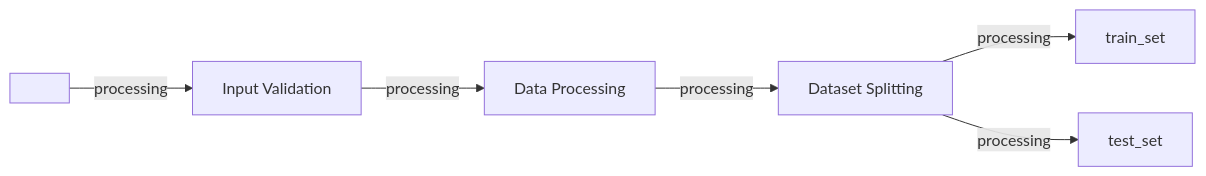
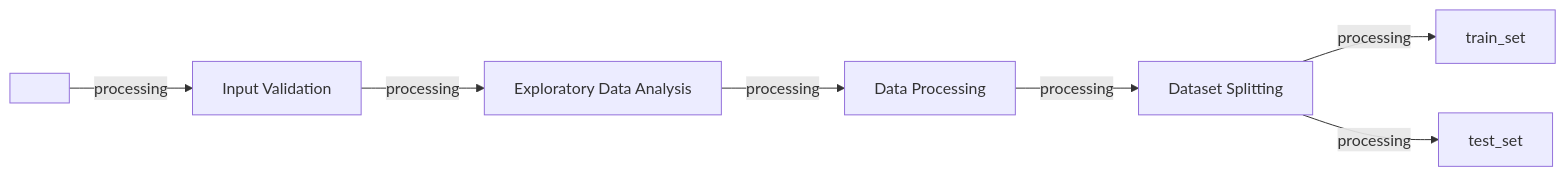
The diagram in documentation/workflow_data_processing.mmd (LauraFahrer/wearables), drawn with Mermaid before and after one commit. The commit also changed 1 other file, not shown here.

Commit message:
updated data_processing workflow

```diff
--- a/documentation/workflow_data_processing.mmd
+++ b/documentation/workflow_data_processing.mmd
@@ -1,28 +1,30 @@
 %%metro title: Wearables
 %%metro style: nfcore
 
 %%metro line: processing | Data Processing | #4403dc
 %%metro line: eda | Explorative Data Analysis | #df0b0b
 %%metro line: cv | Cross Validation | #ff8c00
 %%metro line: train_eval | Model Training and Evaluation | #00cafd
 
 %%metro file: raw | csv | Raw Data
 %%metro file: test_set | csv | Test Set
 %%metro file: train_set | csv | Train Set
 
 graph LR
 
 
     %% 1. Data Processing Workflow
 
     raw[ ]
 
     input_validation[Input Validation]
+    eda[Exploratory Data Analysis]
     data_processing[Data Processing]
     splitting[Dataset Splitting]
 
     raw -->|processing| input_validation
-    input_validation -->|processing| data_processing
+    input_validation -->|processing| eda
+    eda -->|processing| data_processing
     data_processing -->|processing| splitting
     splitting -->|processing| train_set
     splitting -->|processing| test_set
```
